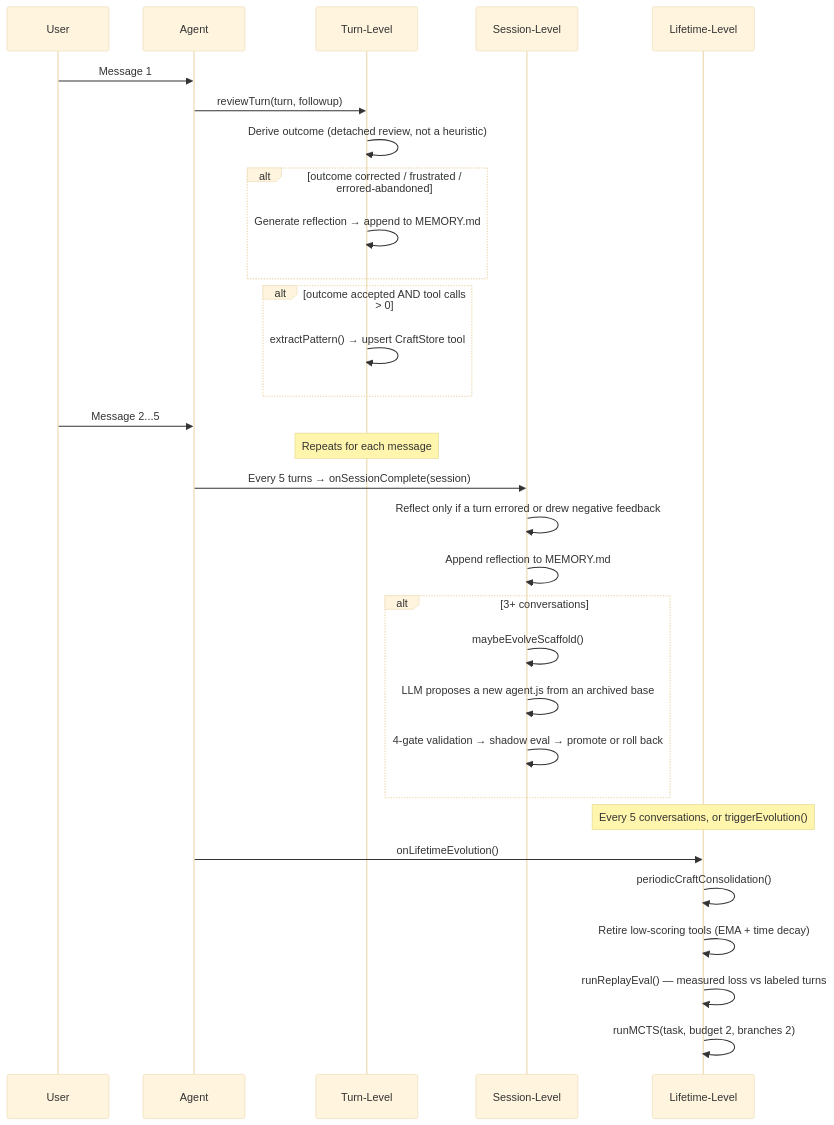
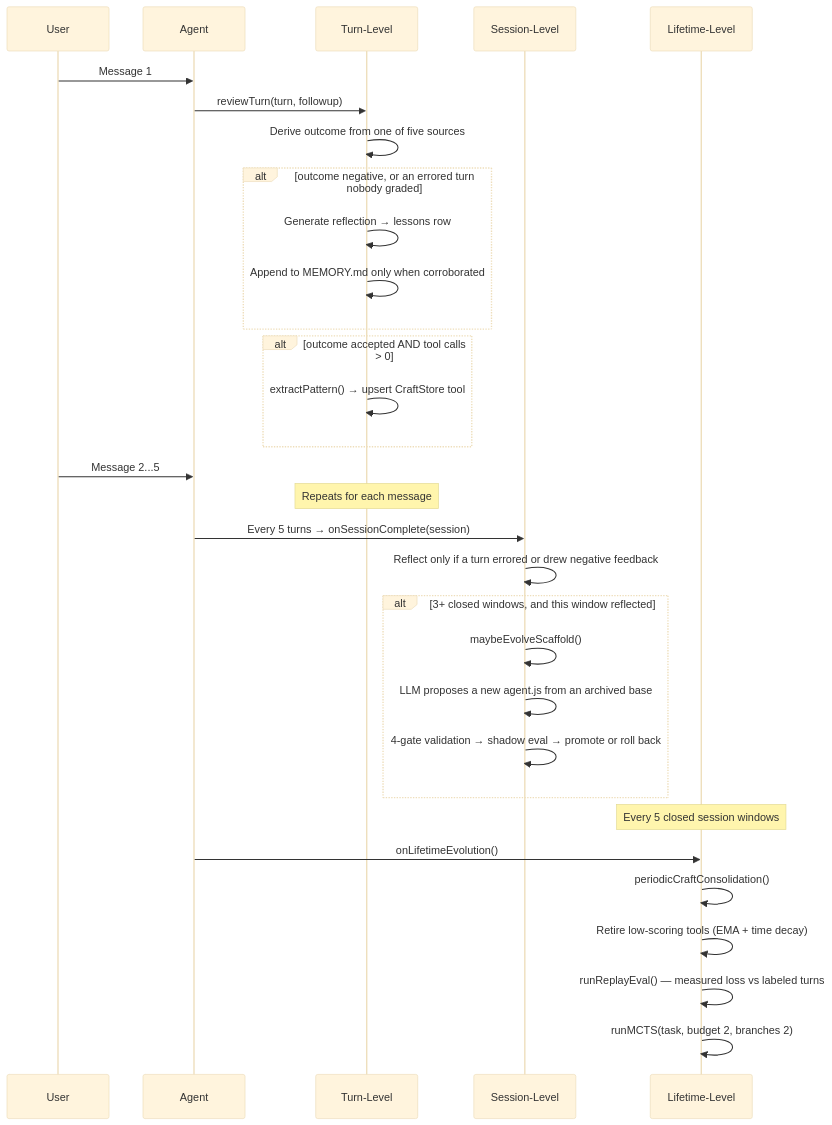
The first of 2 diagrams in docs/EVOLUTION.md (AshishKumar4/kinu), drawn with Mermaid (base theme) before and after one commit. The commit also changed other lines of this file and 42 other files, not shown here.

Commit message:
docs: update diagrams, delegation docs, formal-spec counts

````diff
--- a/docs/EVOLUTION.md
+++ b/docs/EVOLUTION.md
@@ -75,37 +87,37 @@
 ```mermaid
 sequenceDiagram
     participant User
     participant Agent
     participant Turn as Turn-Level
     participant Session as Session-Level
     participant Lifetime as Lifetime-Level
 
     User->>Agent: Message 1
     Agent->>Turn: reviewTurn(turn, followup)
-    Turn->>Turn: Derive outcome (detached review, not a heuristic)
-    alt outcome corrected / frustrated / errored-abandoned
-        Turn->>Turn: Generate reflection → append to MEMORY.md
+    Turn->>Turn: Derive outcome from one of five sources
+    alt outcome negative, or an errored turn nobody graded
+        Turn->>Turn: Generate reflection → lessons row
+        Turn->>Turn: Append to MEMORY.md only when corroborated
     end
     alt outcome accepted AND tool calls > 0
         Turn->>Turn: extractPattern() → upsert CraftStore tool
     end
 
     User->>Agent: Message 2...5
     Note over Turn: Repeats for each message
 
     Agent->>Session: Every 5 turns → onSessionComplete(session)
     Session->>Session: Reflect only if a turn errored or drew negative feedback
-    Session->>Session: Append reflection to MEMORY.md
-    alt 3+ conversations
+    alt 3+ closed windows, and this window reflected
         Session->>Session: maybeEvolveScaffold()
         Session->>Session: LLM proposes a new agent.js from an archived base
         Session->>Session: 4-gate validation → shadow eval → promote or roll back
     end
 
-    Note over Lifetime: Every 5 conversations, or triggerEvolution()
+    Note over Lifetime: Every 5 closed session windows
     Agent->>Lifetime: onLifetimeEvolution()
     Lifetime->>Lifetime: periodicCraftConsolidation()
     Lifetime->>Lifetime: Retire low-scoring tools (EMA + time decay)
     Lifetime->>Lifetime: runReplayEval() — measured loss vs labeled turns
     Lifetime->>Lifetime: runMCTS(task, budget 2, branches 2)
 ```
````
